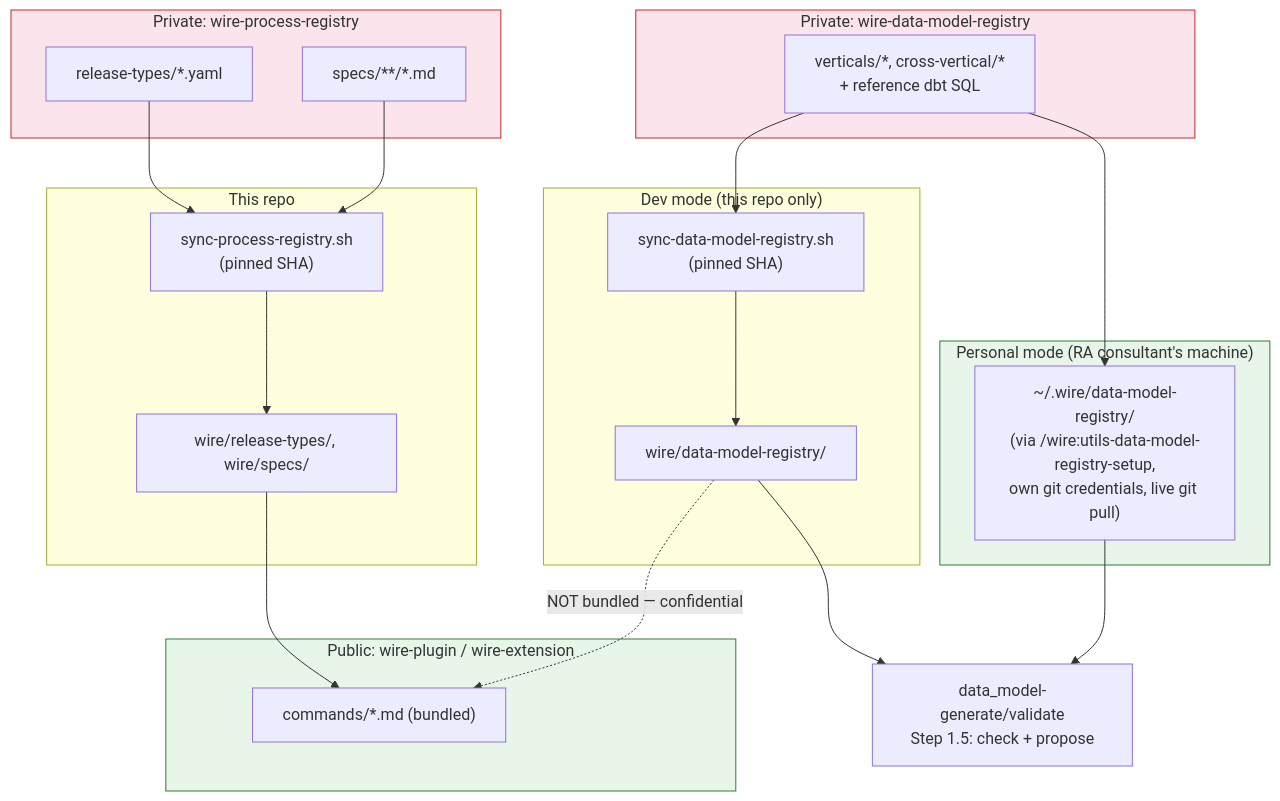
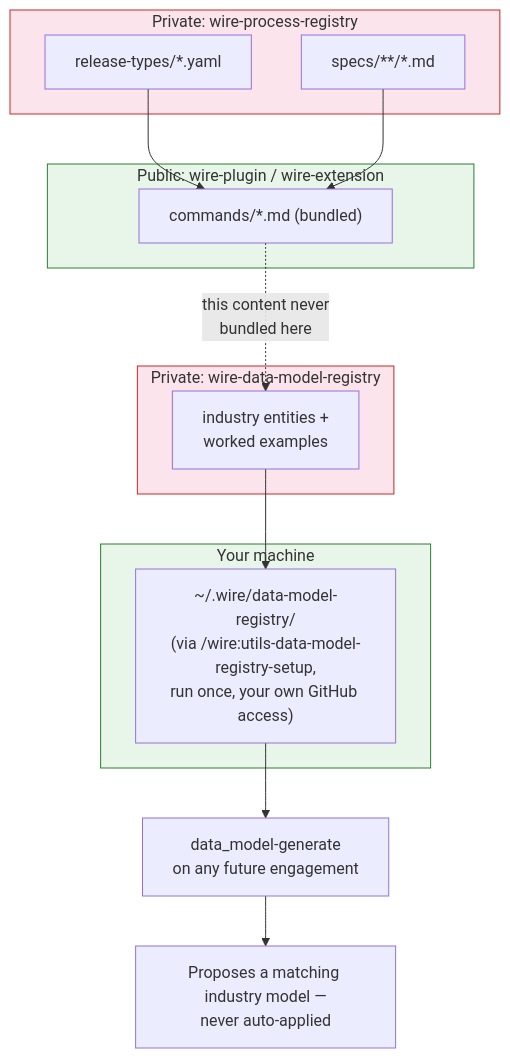
Before and after one commit to rittmananalytics/wire-plugin-preview: diagram 16 of 16 in USER_GUIDE.md, drawn with Mermaid. The commit also changed other lines of this file and 1 other file, not shown here.

Commit message:
Wire Framework plugin v4.0.0-preview — remove framework-developer mechanics from consultant docs
The data model registry section described a dev-mode/personal-mode split
that was internal build mechanics, not something a consultant running an
engagement needs. Simplified to: run the setup command once, using your
own GitHub access; Wire finds it automatically after that.

````diff
--- a/USER_GUIDE.md
+++ b/USER_GUIDE.md
@@ -4517,37 +4517,28 @@
 ```mermaid
 flowchart TB
     subgraph priv1["Private: wire-process-registry"]
         RT["release-types/*.yaml"]
         SP["specs/**/*.md"]
     end
-    subgraph wirerepo["This repo"]
-        SYNC1["sync-process-registry.sh<br/>(pinned SHA)"]
-        LOCAL1["wire/release-types/, wire/specs/"]
-    end
     subgraph pub["Public: wire-plugin / wire-extension"]
         CMDS["commands/*.md (bundled)"]
     end
-    RT --> SYNC1 --> LOCAL1 --> CMDS
-    SP --> SYNC1
+    RT --> CMDS
+    SP --> CMDS
 
     subgraph priv2["Private: wire-data-model-registry"]
-        DMR["verticals/*, cross-vertical/*<br/>+ reference dbt SQL"]
+        DMR["industry entities +<br/>worked examples"]
     end
-    subgraph devmode["Dev mode (this repo only)"]
-        SYNC2["sync-data-model-registry.sh<br/>(pinned SHA)"]
-        LOCAL2["wire/data-model-registry/"]
+    subgraph personal["Your machine"]
+        HOME["~/.wire/data-model-registry/<br/>(via /wire:utils-data-model-registry-setup,<br/>run once, your own GitHub access)"]
     end
-    subgraph personal["Personal mode (RA consultant's machine)"]
-        HOME["~/.wire/data-model-registry/<br/>(via /wire:utils-data-model-registry-setup,<br/>own git credentials, live git pull)"]
-    end
-    DMR --> SYNC2 --> LOCAL2
     DMR --> HOME
-    LOCAL2 -.->|"NOT bundled — confidential"| CMDS
-    LOCAL2 --> GEN["data_model-generate/validate<br/>Step 1.5: check + propose"]
-    HOME --> GEN
+    CMDS -.->|"this content never<br/>bundled here"| DMR
+    HOME --> GEN["data_model-generate<br/>on any future engagement"]
+    GEN --> RESULT["Proposes a matching industry model —<br/>never auto-applied"]
 
     style priv1 fill:#fce4ec,stroke:#c62828
     style priv2 fill:#fce4ec,stroke:#c62828
     style pub fill:#e8f5e9,stroke:#2e7d32
     style personal fill:#e8f5e9,stroke:#2e7d32
 ```
````
